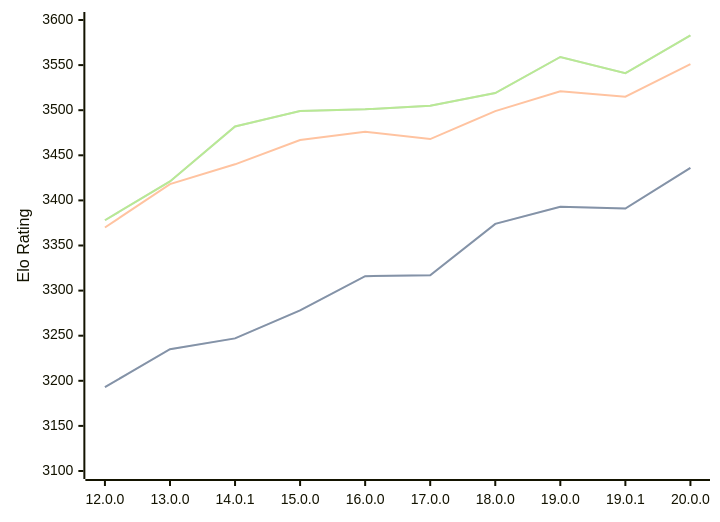
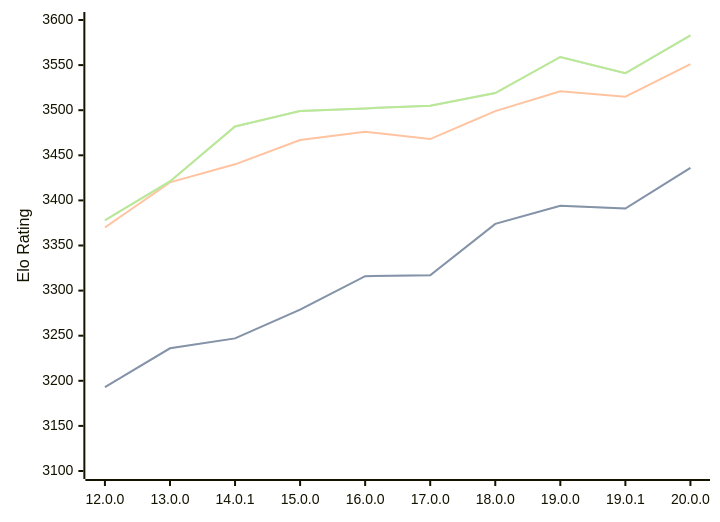
Before and after one commit to computer-chess-index/cci: the diagram in engines/Viridithas.md, drawn with Mermaid. The commit also changed other lines of this file, not shown here.

Commit message:
Update CCI Ratings (ELO VLTC) - 2026-07-19

````diff
--- a/engines/Viridithas.md
+++ b/engines/Viridithas.md
@@ -64,11 +64,11 @@
 ```mermaid
 %%{init: {"theme":"base","themeVariables":{"seriesColors:['#a3a3a3','#222221','#faa371']}}}%%
 xychart-beta
   x-axis ["12.0.0", "13.0.0", "14.0.1", "15.0.0", "16.0.0", "17.0.0", "18.0.0", "19.0.0", "19.0.1", "20.0.0"]
   y-axis "Elo Rating" 3100 --> 3600
-  line "STC (8.0+0.08s)" [3193, 3235, 3247, 3278, 3316, 3317, 3374, 3393, 3391, 3436]
-  line "STC (8.0+0.08s)" [3193, 3235, 3247, 3278, 3316, 3317, 3374, 3393, 3391, 3436]
-  line "LTC (60.0+0.60s)" [3370, 3418, 3440, 3467, 3476, 3468, 3499, 3521, 3515, 3551]
-  line "VLTC (2m24s+1.12s)" [3378, 3421, 3482, 3499, 3501, 3505, 3519, 3559, 3541, 3583]
-  line "VLTC (2m24s+1.12s)" [3378, 3421, 3482, 3499, 3501, 3505, 3519, 3559, 3541, 3583]
+  line "STC (8.0+0.08s)" [3193, 3236, 3247, 3279, 3316, 3317, 3374, 3394, 3391, 3436]
+  line "STC (8.0+0.08s)" [3193, 3236, 3247, 3279, 3316, 3317, 3374, 3394, 3391, 3436]
+  line "LTC (60.0+0.60s)" [3370, 3420, 3440, 3467, 3476, 3468, 3499, 3521, 3515, 3551]
+  line "VLTC (2m24s+1.12s)" [3378, 3421, 3482, 3499, 3502, 3505, 3519, 3559, 3541, 3583]
+  line "VLTC (2m24s+1.12s)" [3378, 3421, 3482, 3499, 3502, 3505, 3519, 3559, 3541, 3583]
 ```
````
